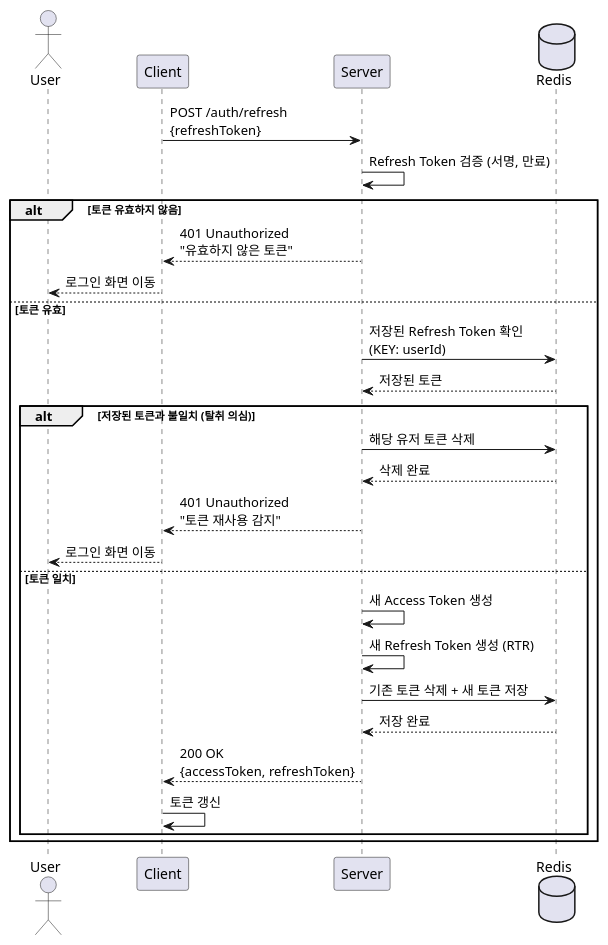
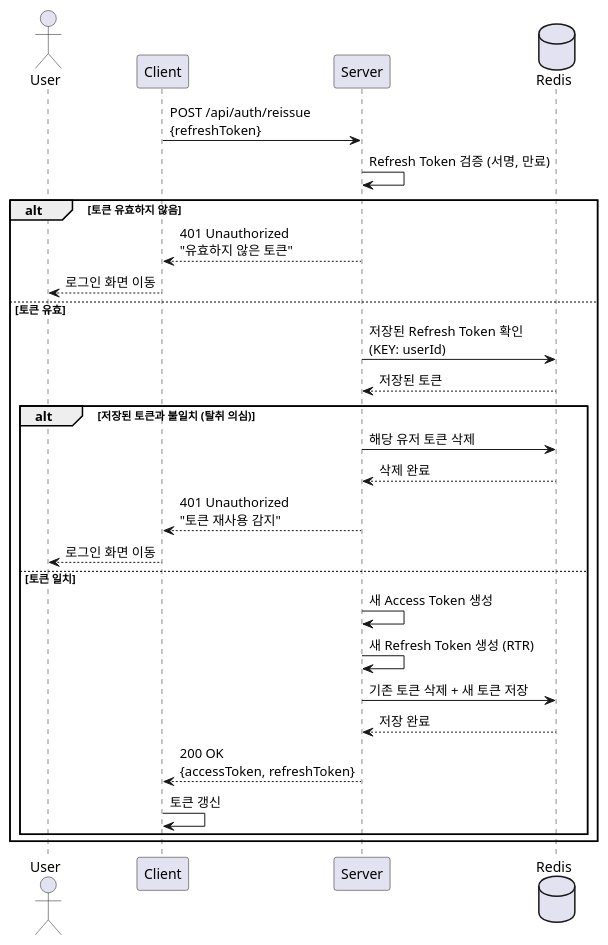
Before and after one commit to daily-one-page/daily-one-page-backend: the third of 29 diagrams in docs/sequence-diagram.md, drawn with PlantUML. The commit also changed other lines of this file and 38 other files, not shown here.

First line of the commit message:
docs: Sync API spec, ERD, Sequence Diagram and add Postman Collection

````diff
--- a/docs/sequence-diagram.md
+++ b/docs/sequence-diagram.md
@@ -79,34 +79,34 @@
 ```plantuml
 @startuml 토큰 재발급
 actor User
 participant Client
 participant Server
 database Redis
 
-Client -> Server: POST /auth/refresh\n{refreshToken}
+Client -> Server: POST /api/auth/reissue\n{refreshToken}
 Server -> Server: Refresh Token 검증 (서명, 만료)
 
 alt 토큰 유효하지 않음
     Server --> Client: 401 Unauthorized\n"유효하지 않은 토큰"
     Client --> User: 로그인 화면 이동
 else 토큰 유효
     Server -> Redis: 저장된 Refresh Token 확인\n(KEY: userId)
     Redis --> Server: 저장된 토큰
     
     alt 저장된 토큰과 불일치 (탈취 의심)
         Server -> Redis: 해당 유저 토큰 삭제
         Redis --> Server: 삭제 완료
         Server --> Client: 401 Unauthorized\n"토큰 재사용 감지"
         Client --> User: 로그인 화면 이동
     else 토큰 일치
         Server -> Server: 새 Access Token 생성
         Server -> Server: 새 Refresh Token 생성 (RTR)
         Server -> Redis: 기존 토큰 삭제 + 새 토큰 저장
         Redis --> Server: 저장 완료
         Server --> Client: 200 OK\n{accessToken, refreshToken}
         Client -> Client: 토큰 갱신
     end
 end
 
 @enduml
 ```
````
